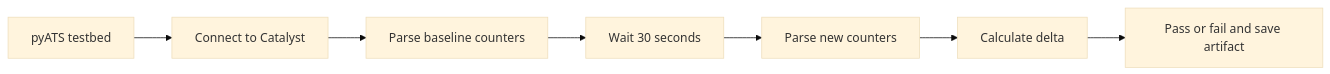
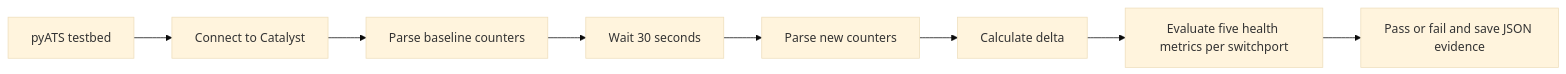
Before and after one commit to tanthanh85/CCNPAUTO: the diagram in LAB/Lab17/Lab17.md, drawn with Mermaid (base theme). The commit also changed other lines of this file and 6 other files, not shown here.

````diff
--- a/LAB/Lab17/Lab17.md
+++ b/LAB/Lab17/Lab17.md
@@ -20,9 +21,10 @@
 ```mermaid
 flowchart LR
     T["pyATS testbed"] --> C["Connect to Catalyst"]
     C --> B["Parse baseline counters"]
     B --> W["Wait 30 seconds"]
     W --> N["Parse new counters"]
     N --> D["Calculate delta"]
-    D --> R["Pass or fail and save artifact"]
+    D --> E["Evaluate five health metrics per switchport"]
+    E --> R["Pass or fail and save JSON evidence"]
 ```
````
